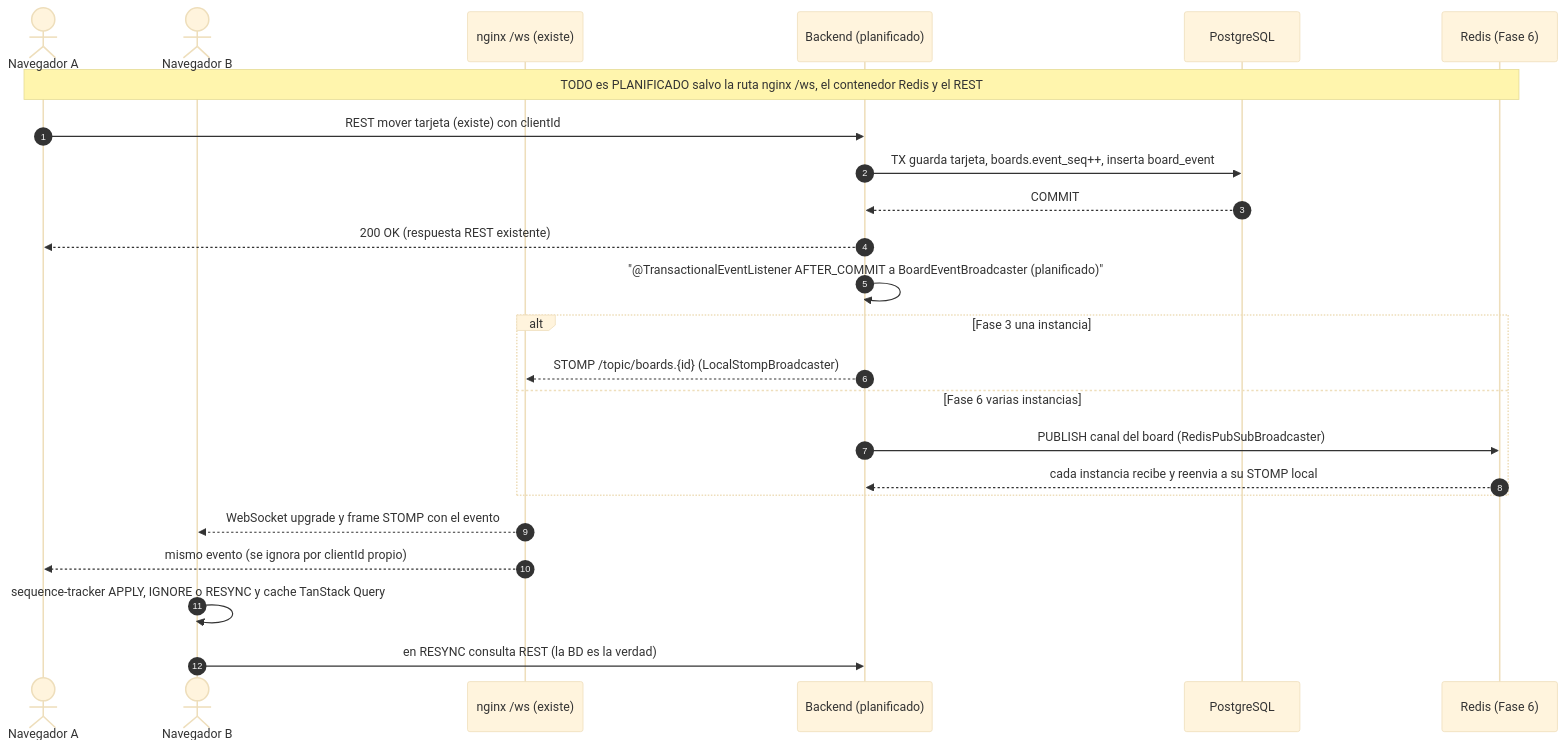
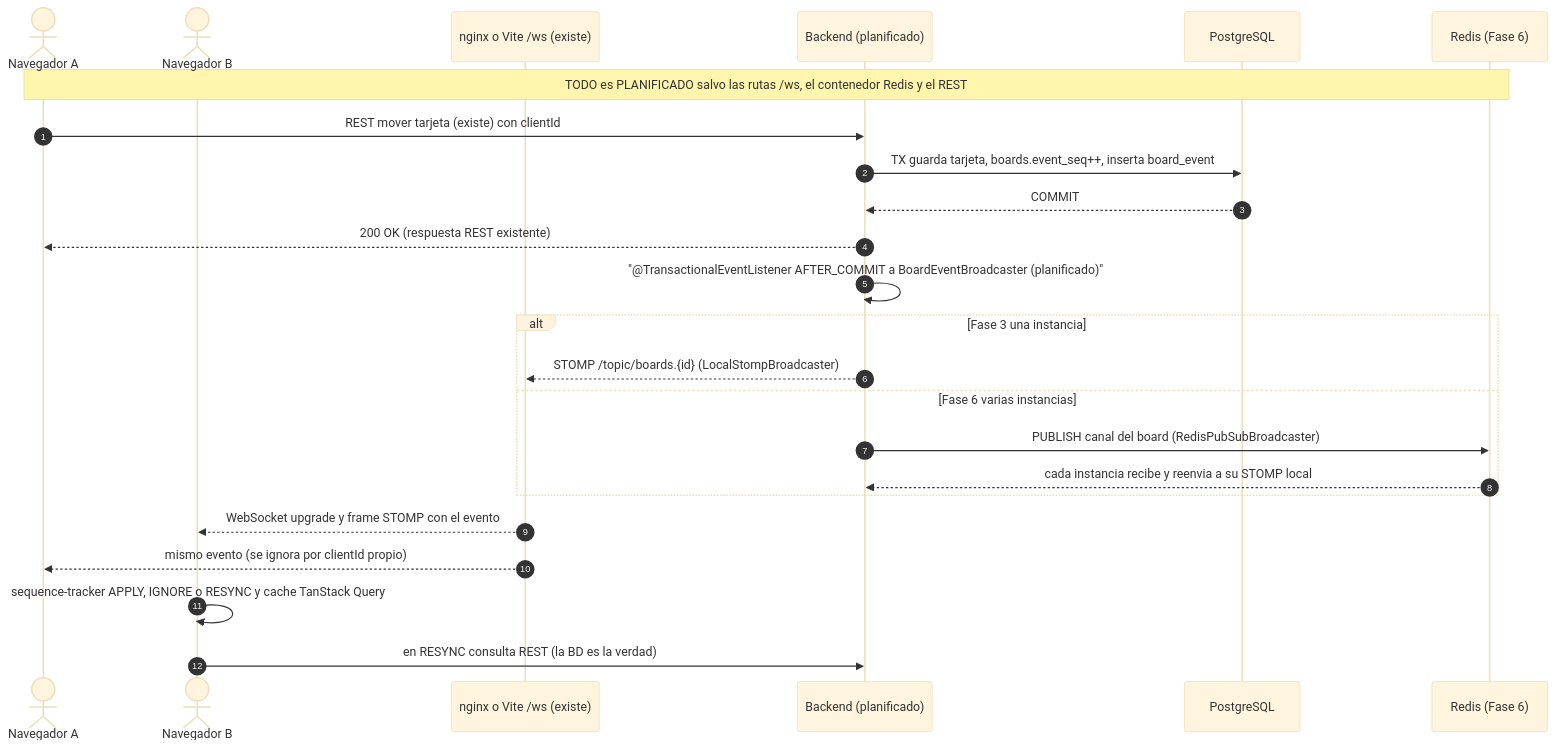
The fourth of 5 diagrams in docs/infra/app-diagram/app-diagram.md (Yinnohs/cola-tabla), drawn with Mermaid (base theme) before and after one commit. The commit also changed other lines of this file and 4 other files, not shown here.

````diff
--- a/docs/infra/app-diagram/app-diagram.md
+++ b/docs/infra/app-diagram/app-diagram.md
@@ -132,27 +135,27 @@
 ```mermaid
 sequenceDiagram
     autonumber
     actor A as Navegador A
     actor B as Navegador B
-    participant NG as nginx /ws (existe)
+    participant NG as nginx o Vite /ws (existe)
     participant BE as Backend (planificado)
     participant DB as PostgreSQL
     participant RD as Redis (Fase 6)
 
-    Note over A,RD: TODO es PLANIFICADO salvo la ruta nginx /ws, el contenedor Redis y el REST
+    Note over A,RD: TODO es PLANIFICADO salvo las rutas /ws, el contenedor Redis y el REST
     A->>BE: REST mover tarjeta (existe) con clientId
     BE->>DB: TX guarda tarjeta, boards.event_seq++, inserta board_event
     DB-->>BE: COMMIT
     BE-->>A: 200 OK (respuesta REST existente)
     BE->>BE: "@TransactionalEventListener AFTER_COMMIT a BoardEventBroadcaster (planificado)"
     alt Fase 3 una instancia
         BE-->>NG: STOMP /topic/boards.{id} (LocalStompBroadcaster)
     else Fase 6 varias instancias
         BE->>RD: PUBLISH canal del board (RedisPubSubBroadcaster)
         RD-->>BE: cada instancia recibe y reenvia a su STOMP local
     end
     NG-->>B: WebSocket upgrade y frame STOMP con el evento
     NG-->>A: mismo evento (se ignora por clientId propio)
     B->>B: sequence-tracker APPLY, IGNORE o RESYNC y cache TanStack Query
     B->>BE: en RESYNC consulta REST (la BD es la verdad)
 ```
````
